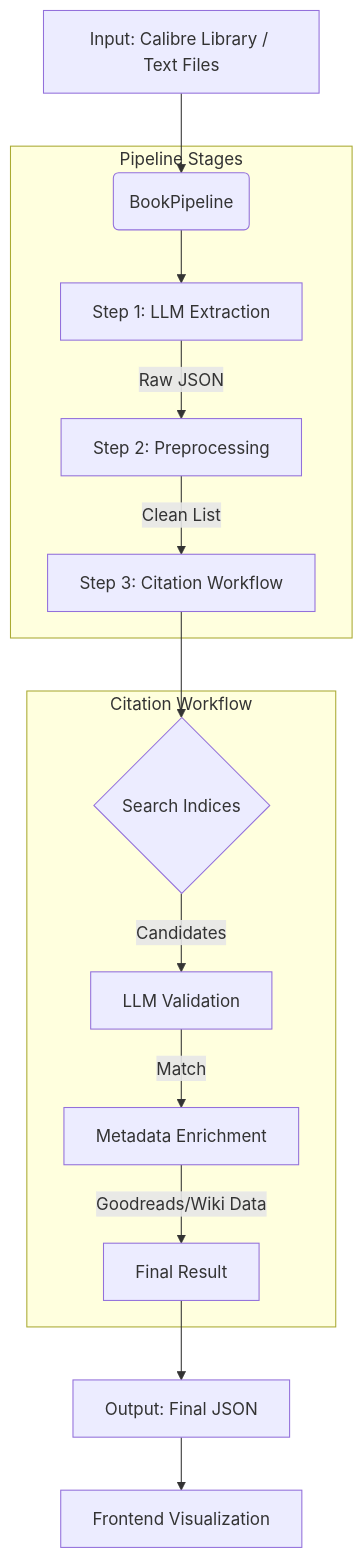
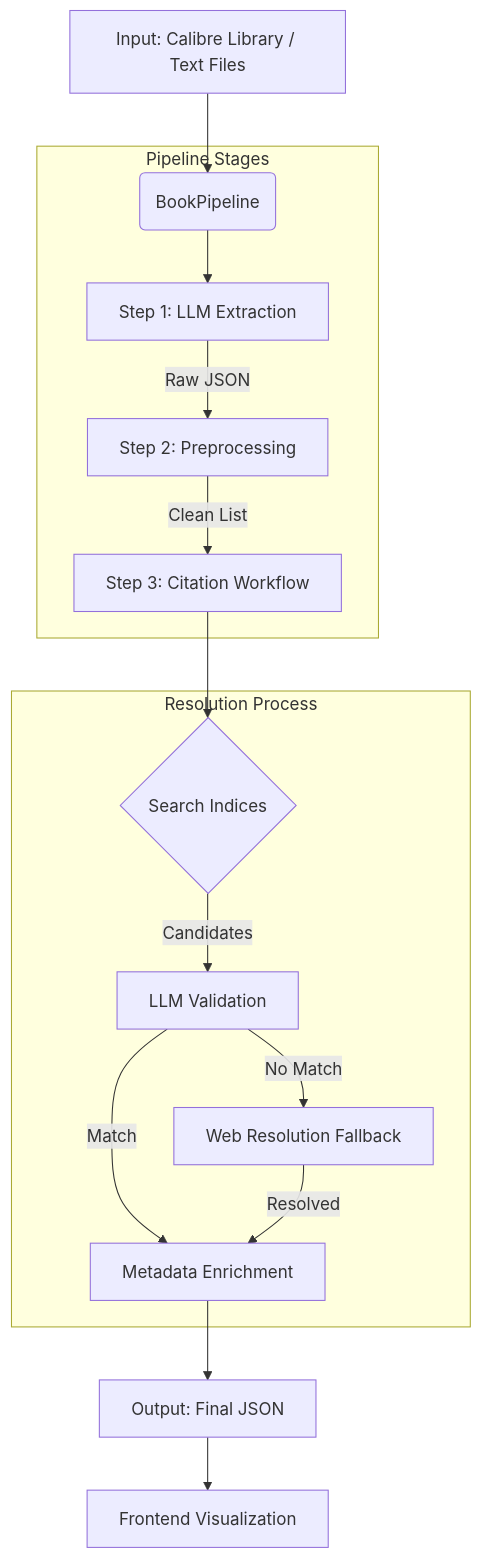
Before and after one commit to ThiagoLira/bookgraph-revisited: the first of 2 diagrams in README.md, drawn with Mermaid. The commit also changed other lines of this file and 9 other files, not shown here.

First line of the commit message:
feat: Add Web Resolution Fallback, standard workflows, and Calvino dataset support

````diff
--- a/README.md
+++ b/README.md
@@ -54,20 +19,21 @@
 ```mermaid
 graph TD
     A[Input: Calibre Library / Text Files] --> B(BookPipeline)
     
     subgraph Pipeline Stages
         B --> C[Step 1: LLM Extraction]
         C -->|Raw JSON| D[Step 2: Preprocessing]
         D -->|Clean List| E[Step 3: Citation Workflow]
     end
     
-    subgraph Citation Workflow
+    subgraph Resolution Process
         E --> F{Search Indices}
         F -->|Candidates| G[LLM Validation]
         G -->|Match| H[Metadata Enrichment]
-        H -->|Goodreads/Wiki Data| I[Final Result]
+        G -->|No Match| I[Web Resolution Fallback]
+        I -->|Resolved| H
     end
 
-    I --> J[Output: Final JSON]
+    H --> J[Output: Final JSON]
     J --> K[Frontend Visualization]
 ```
````
